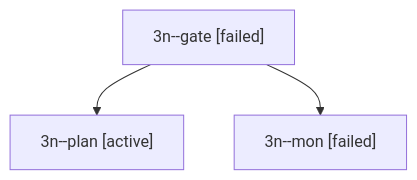
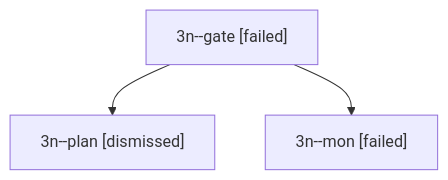
Before and after one commit to bobs-org/bob-cli--agents: the diagram in sessions/bbugyi200.apollo.3n.md, drawn with Mermaid. The commit also changed other lines of this file and 24 other files, not shown here.

````diff
--- a/sessions/bbugyi200.apollo.3n.md
+++ b/sessions/bbugyi200.apollo.3n.md
@@ -9,8 +9,8 @@
 ```mermaid
 flowchart TD
   n0["3n--gate [failed]"]
-  n1["3n--plan [active]"]
+  n1["3n--plan [dismissed]"]
   n0 --> n1
   n2["3n--mon [failed]"]
   n0 --> n2
 ```
````
